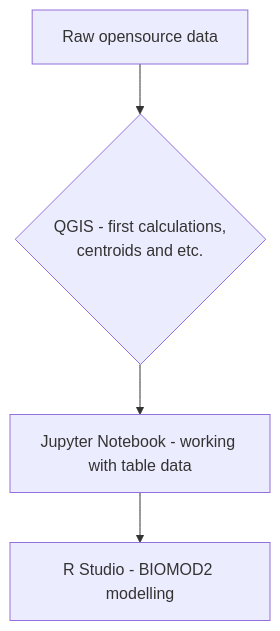
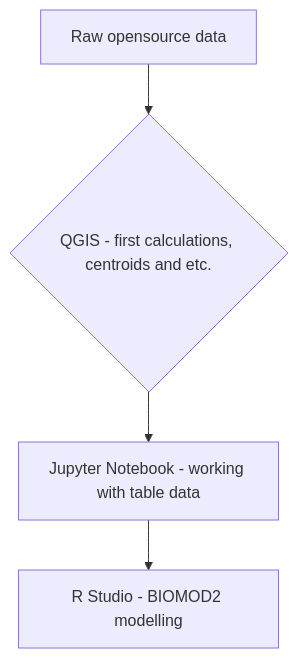
Before and after one commit to eltarotassadar/econ-dev-NAO: the diagram in README.md, drawn with Mermaid.

````diff
--- a/README.md
+++ b/README.md
@@ -11,6 +11,6 @@
 ```mermaid
   graph TD;
-      A[Raw opensource data]-->B{QGIS - first calculations, \ncentroids and etc.};
+      A[Raw opensource data]-->B{QGIS - first calculations, centroids and etc.};
       B-->C[Jupyter Notebook - working with table data];
       C-->D[R Studio - BIOMOD2 modelling];
 ```
````
